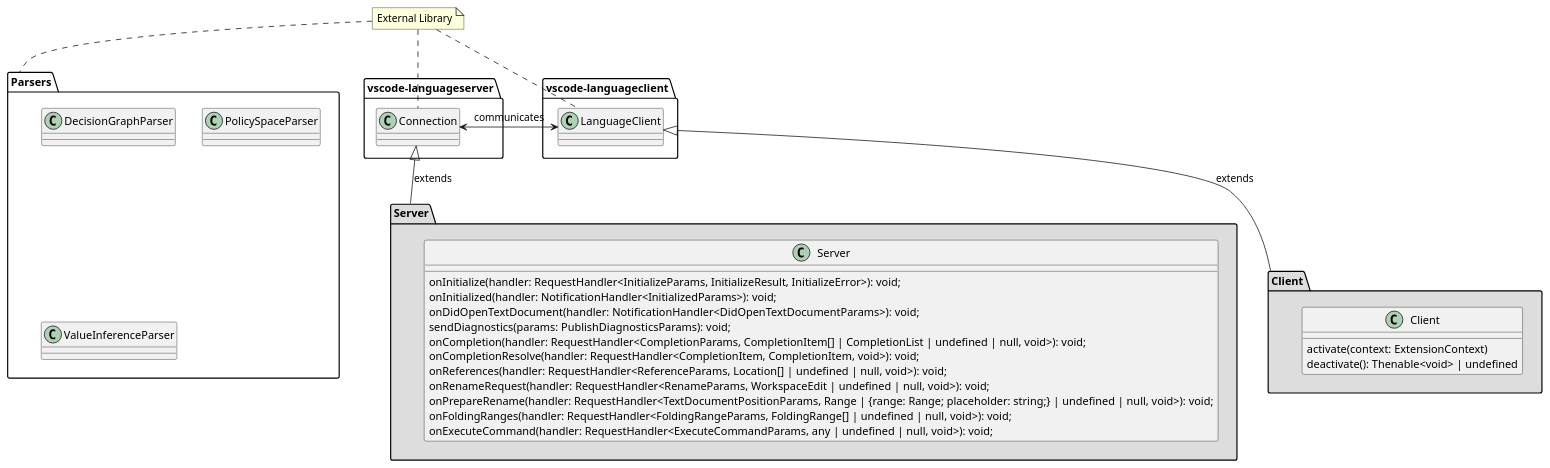
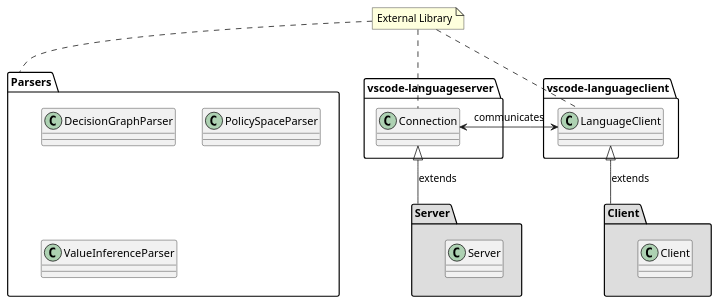
The diagram in plugin/diagrams/PluginClassDiagram.puml (wolfj123/PolicyModelsPlugin), drawn with PlantUML before and after one commit. The commit also changed 1 other file, not shown here.

```diff
--- a/plugin/diagrams/PluginClassDiagram.puml
+++ b/plugin/diagrams/PluginClassDiagram.puml
@@ -1,56 +1,43 @@
 @startuml
 
 package vscode-languageclient  {
 	class LanguageClient
 }
 
 package vscode-languageserver  {
 	class Connection {
 
 	}
 }
 
 package Server #DDDDDD {
 
 	class Server {
-		onInitialize(handler: RequestHandler<InitializeParams, InitializeResult, InitializeError>): void;
-		onInitialized(handler: NotificationHandler<InitializedParams>): void;
-		onDidOpenTextDocument(handler: NotificationHandler<DidOpenTextDocumentParams>): void;		
-		sendDiagnostics(params: PublishDiagnosticsParams): void;
-		onCompletion(handler: RequestHandler<CompletionParams, CompletionItem[] | CompletionList | undefined | null, void>): void;
-		onCompletionResolve(handler: RequestHandler<CompletionItem, CompletionItem, void>): void;
-		onReferences(handler: RequestHandler<ReferenceParams, Location[] | undefined | null, void>): void;
-		onRenameRequest(handler: RequestHandler<RenameParams, WorkspaceEdit | undefined | null, void>): void;
-		onPrepareRename(handler: RequestHandler<TextDocumentPositionParams, Range | {range: Range; placeholder: string;} | undefined | null, void>): void;
-		onFoldingRanges(handler: RequestHandler<FoldingRangeParams, FoldingRange[] | undefined | null, void>): void;
-		onExecuteCommand(handler: RequestHandler<ExecuteCommandParams, any | undefined | null, void>): void;
 	}
 }
 
 
 note "External Library" as n_ext
 n_ext .. Connection
 n_ext .. LanguageClient
 n_ext .. Parsers
 
 package Client #DDDDDD {
     class Client {
-        activate(context: ExtensionContext)
-        deactivate(): Thenable<void> | undefined
     }
 }
 
 package Parsers {
     class DecisionGraphParser
     class PolicySpaceParser
     class ValueInferenceParser
 }
 
 
 LanguageClient <-left-> Connection : communicates
 Client -up-|> LanguageClient : extends
 Server -up-|> Connection : extends
 
 
 
 @enduml
```
